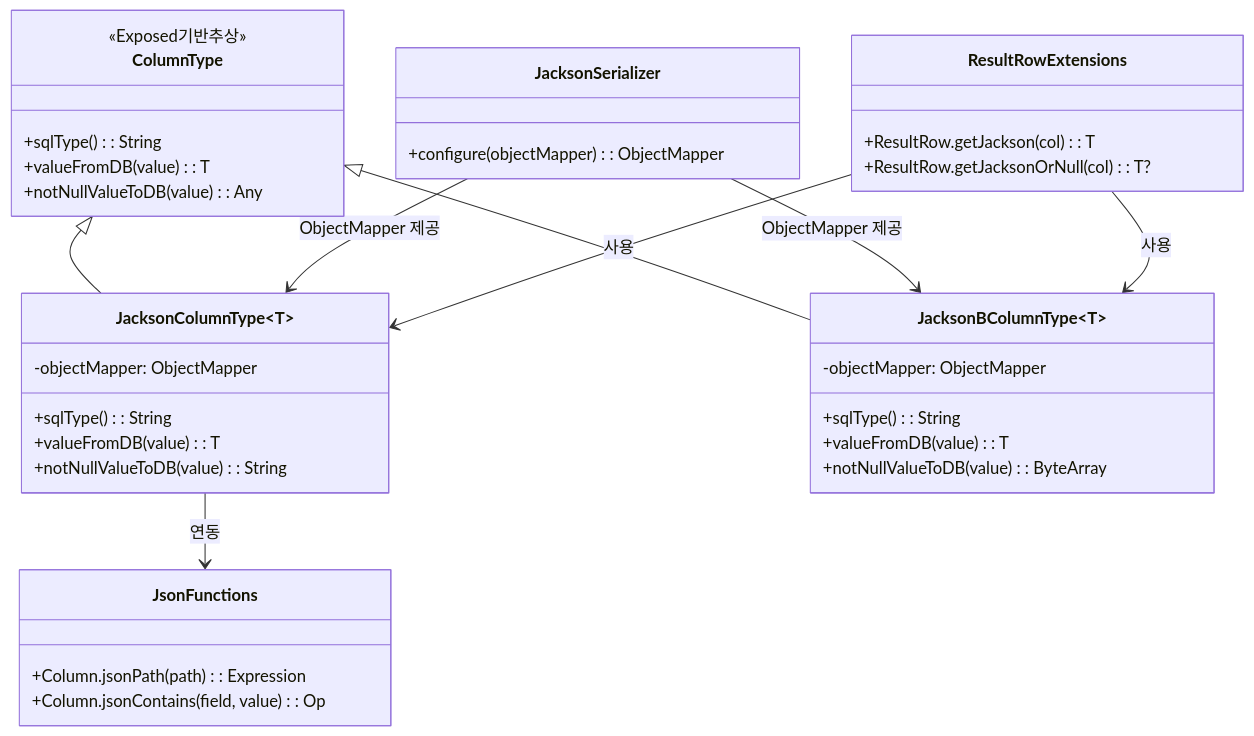
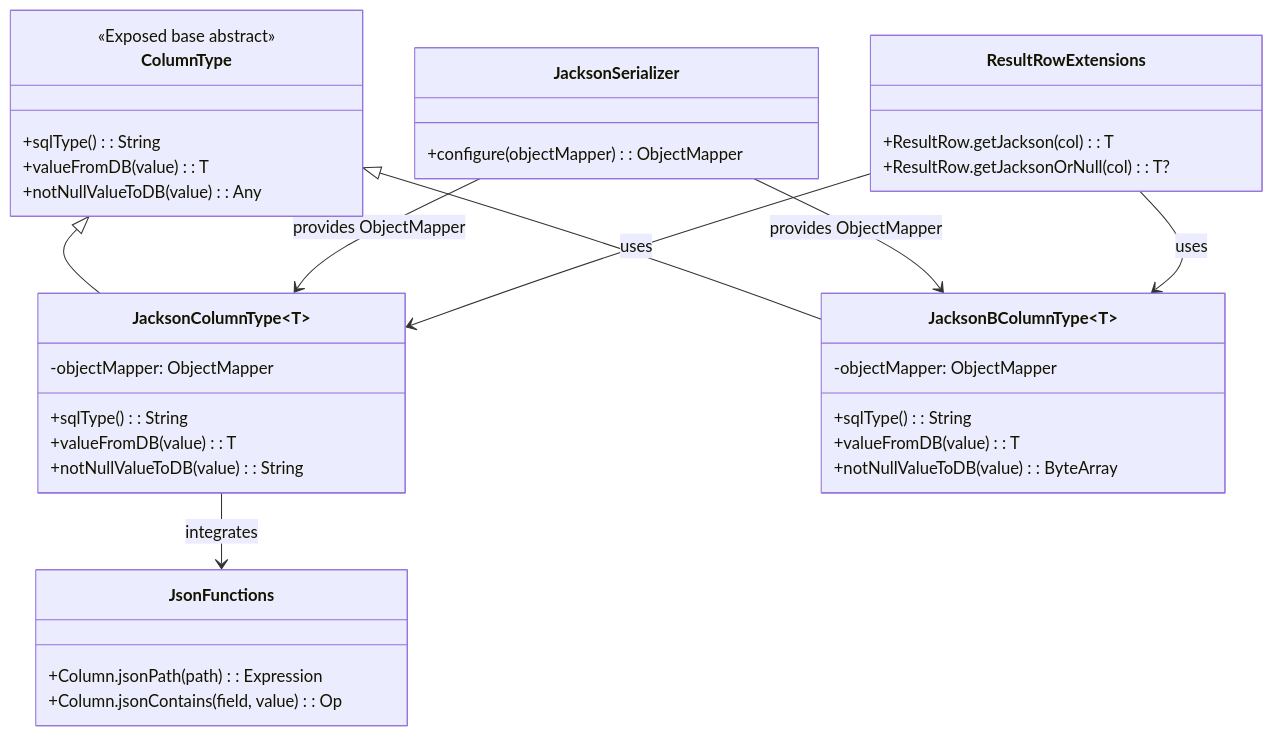
The second of 3 diagrams in data/exposed-jackson3/README.md (bluetape4k/bluetape4k-projects), drawn with Mermaid before and after one commit. The commit also changed other lines of this file and 265 other files, not shown here.

````diff
--- a/data/exposed-jackson3/README.md
+++ b/data/exposed-jackson3/README.md
@@ -143,40 +145,40 @@
 ```mermaid
 classDiagram
     class ColumnType {
-        <<Exposed기반추상>>
+        <<Exposed base abstract>>
         +sqlType(): String
         +valueFromDB(value): T
         +notNullValueToDB(value): Any
     }
     class JacksonColumnType~T~ {
         -objectMapper: ObjectMapper
         +sqlType(): String
         +valueFromDB(value): T
         +notNullValueToDB(value): String
     }
     class JacksonBColumnType~T~ {
         -objectMapper: ObjectMapper
         +sqlType(): String
         +valueFromDB(value): T
         +notNullValueToDB(value): ByteArray
     }
     class JacksonSerializer {
         +configure(objectMapper): ObjectMapper
     }
     class JsonFunctions {
         +Column.jsonPath(path): Expression
         +Column.jsonContains(field, value): Op
     }
     class ResultRowExtensions {
         +ResultRow.getJackson(col): T
         +ResultRow.getJacksonOrNull(col): T?
     }
 
     ColumnType <|-- JacksonColumnType
     ColumnType <|-- JacksonBColumnType
-    JacksonSerializer --> JacksonColumnType : ObjectMapper 제공
-    JacksonSerializer --> JacksonBColumnType : ObjectMapper 제공
-    JacksonColumnType --> JsonFunctions : 연동
-    ResultRowExtensions --> JacksonColumnType : 사용
-    ResultRowExtensions --> JacksonBColumnType : 사용
+    JacksonSerializer --> JacksonColumnType : provides ObjectMapper
+    JacksonSerializer --> JacksonBColumnType : provides ObjectMapper
+    JacksonColumnType --> JsonFunctions : integrates
+    ResultRowExtensions --> JacksonColumnType : uses
+    ResultRowExtensions --> JacksonBColumnType : uses
 ```
````
